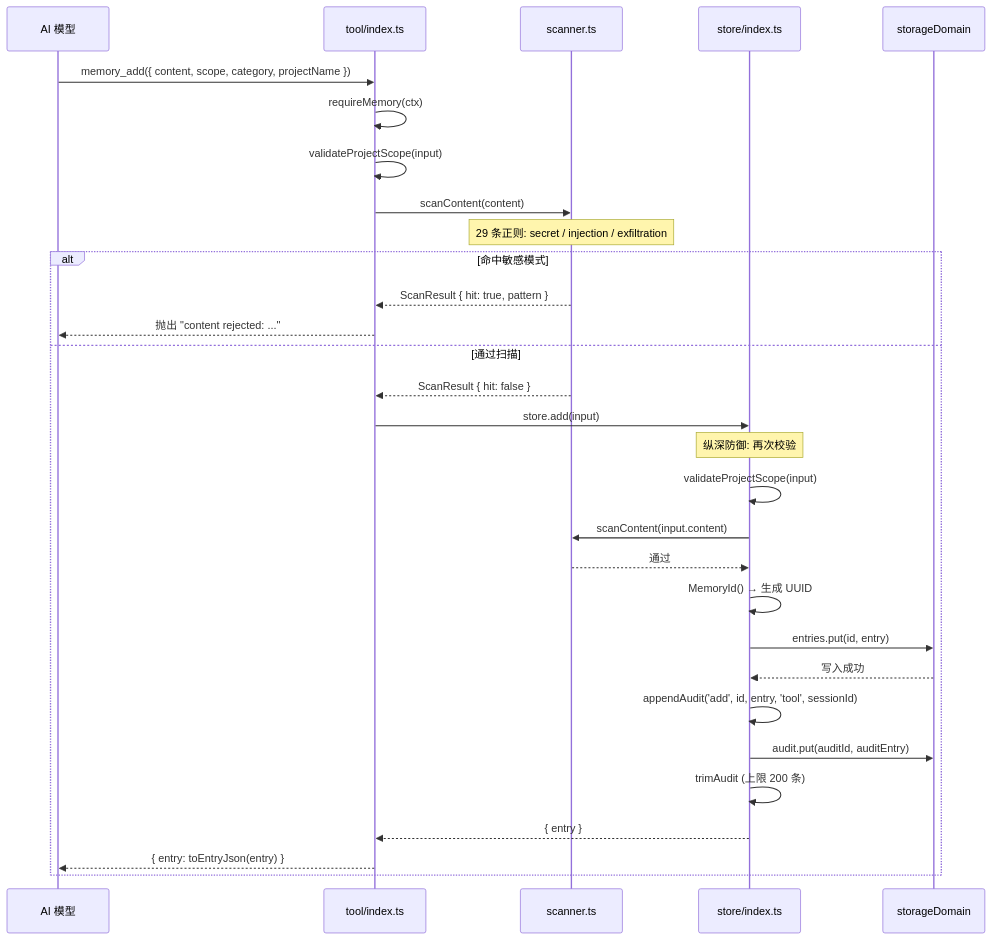
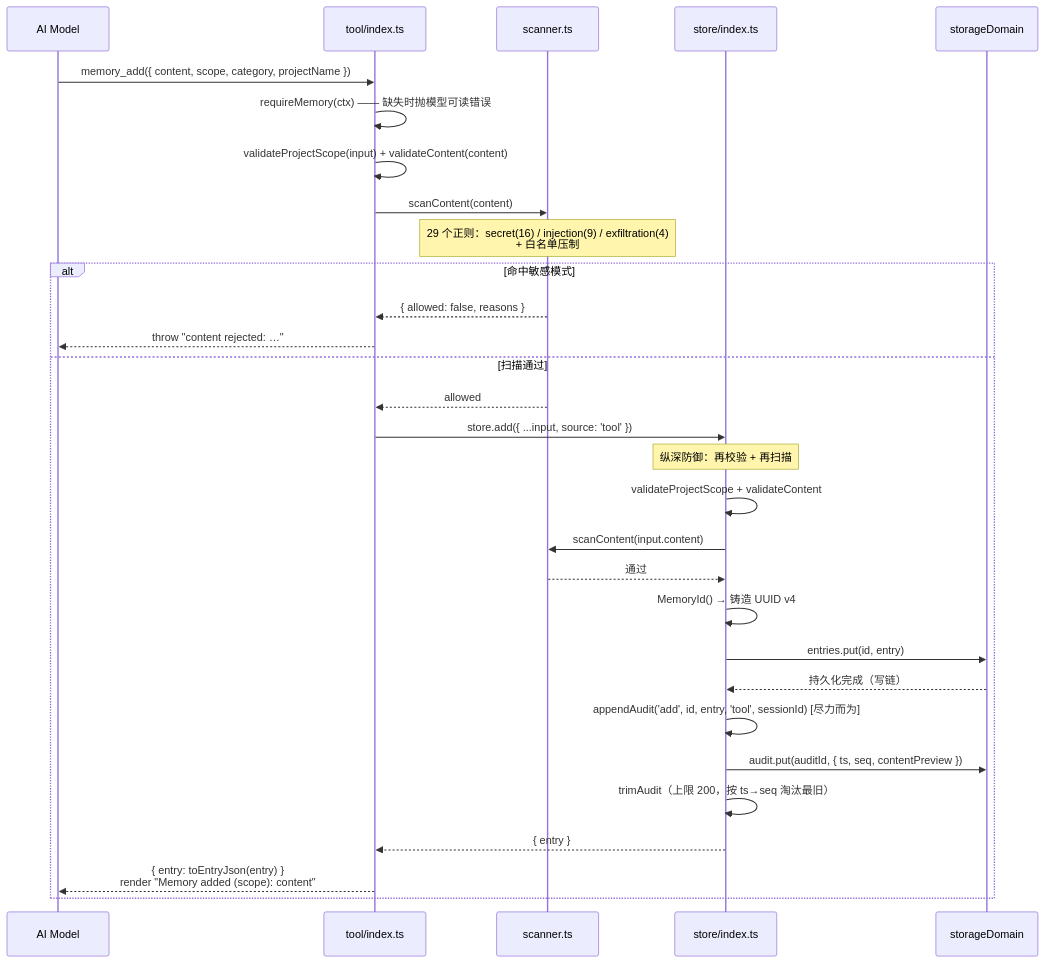
The second of 14 diagrams in docs/SEQUENCE_DIAGRAMS.zh-CN.md (chenhw7/dsh-memory), drawn with Mermaid before and after one commit. The commit also changed other lines of this file and 5 other files, not shown here.

First line of the commit message:
docs: sync README / TECH_DESIGN / SEQUENCE_DIAGRAMS with the v0.3.0 implementation

````diff
--- a/docs/SEQUENCE_DIAGRAMS.zh-CN.md
+++ b/docs/SEQUENCE_DIAGRAMS.zh-CN.md
@@ -57,38 +63,38 @@
 ```mermaid
 sequenceDiagram
-    participant Model as AI 模型
+    participant Model as AI Model
     participant Tool as tool/index.ts
     participant Scanner as scanner.ts
     participant Store as store/index.ts
     participant SD as storageDomain
 
     Model->>Tool: memory_add({ content, scope, category, projectName })
-    Tool->>Tool: requireMemory(ctx)
-    Tool->>Tool: validateProjectScope(input)
+    Tool->>Tool: requireMemory(ctx) —— 缺失时抛模型可读错误
+    Tool->>Tool: validateProjectScope(input) + validateContent(content)
 
     Tool->>Scanner: scanContent(content)
-    Note over Scanner: 29 条正则: secret / injection / exfiltration
+    Note over Scanner: 29 个正则：secret(16) / injection(9) / exfiltration(4)<br/>+ 白名单压制
     alt 命中敏感模式
-        Scanner-->>Tool: ScanResult { hit: true, pattern }
-        Tool-->>Model: 抛出 "content rejected: ..."
-    else 通过扫描
-        Scanner-->>Tool: ScanResult { hit: false }
-        Tool->>Store: store.add(input)
+        Scanner-->>Tool: { allowed: false, reasons }
+        Tool-->>Model: throw "content rejected: …"
+    else 扫描通过
+        Scanner-->>Tool: allowed
+        Tool->>Store: store.add({ ...input, source: 'tool' })
 
-        Note over Store: 纵深防御: 再次校验
-        Store->>Store: validateProjectScope(input)
+        Note over Store: 纵深防御：再校验 + 再扫描
+        Store->>Store: validateProjectScope + validateContent
         Store->>Scanner: scanContent(input.content)
         Scanner-->>Store: 通过
 
-        Store->>Store: MemoryId() → 生成 UUID
+        Store->>Store: MemoryId() → 铸造 UUID v4
         Store->>SD: entries.put(id, entry)
-        SD-->>Store: 写入成功
+        SD-->>Store: 持久化完成（写链）
 
-        Store->>Store: appendAudit('add', id, entry, 'tool', sessionId)
-        Store->>SD: audit.put(auditId, auditEntry)
-        Store->>Store: trimAudit (上限 200 条)
+        Store->>Store: appendAudit('add', id, entry, 'tool', sessionId) [尽力而为]
+        Store->>SD: audit.put(auditId, { ts, seq, contentPreview })
+        Store->>Store: trimAudit（上限 200，按 ts→seq 淘汰最旧）
 
         Store-->>Tool: { entry }
-        Tool-->>Model: { entry: toEntryJson(entry) }
+        Tool-->>Model: { entry: toEntryJson(entry) }<br/>render "Memory added (scope): content"
     end
 ```
````
